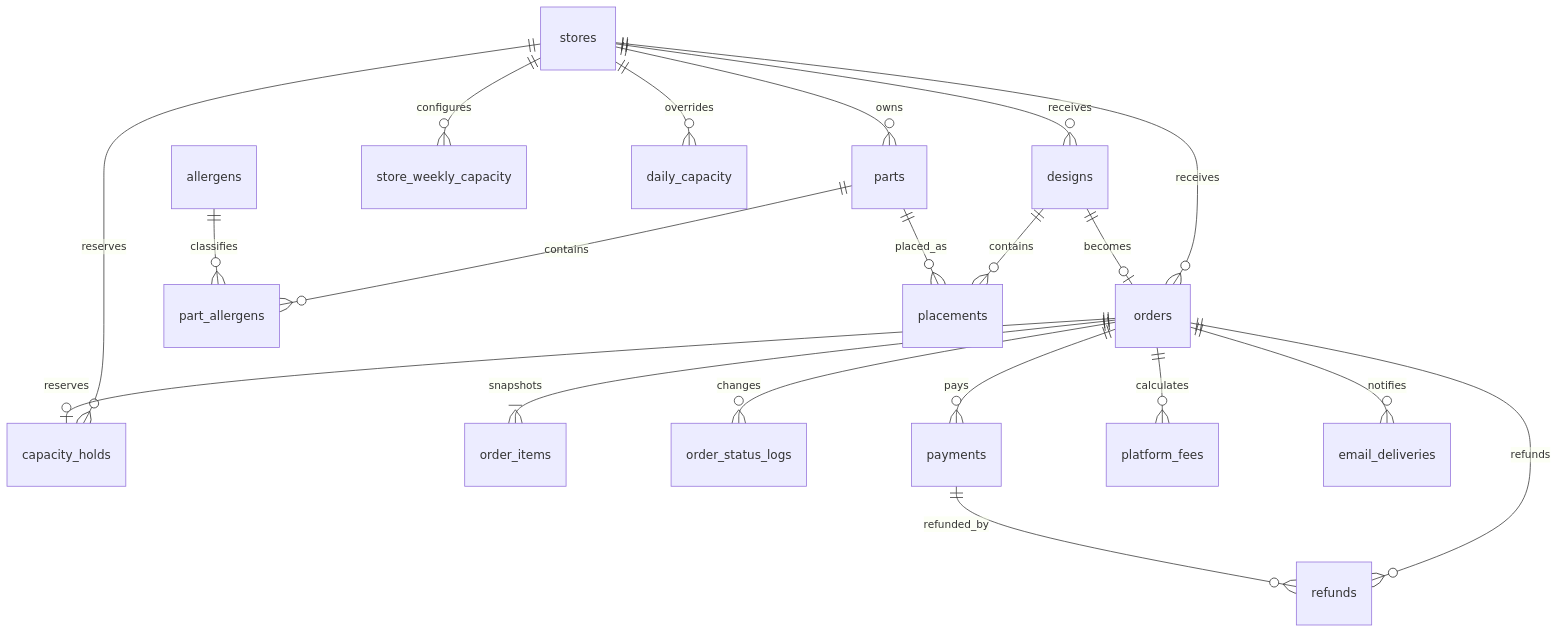
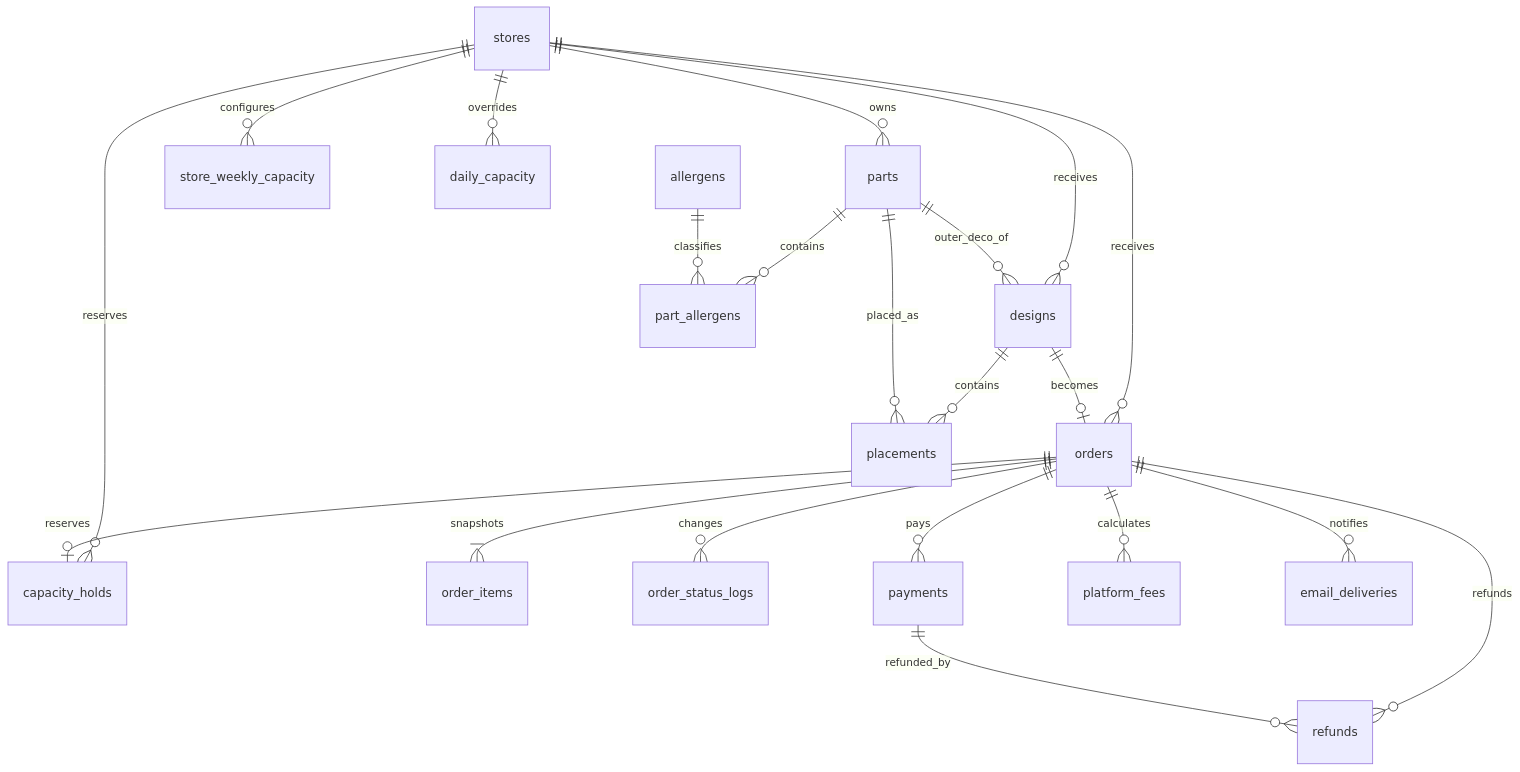
One commit to fruehlingstee/HEW_2026 changed the first of 3 diagrams in plan/issue-reference/05-er-diagram.md. Above: the diagram before and after it, drawn with Mermaid. The commit also changed other lines of this file and 8 other files, not shown here.

````diff
--- a/plan/issue-reference/05-er-diagram.md
+++ b/plan/issue-reference/05-er-diagram.md
@@ -5,24 +5,25 @@
 ```mermaid
 erDiagram
     stores ||--o{ parts : owns
     stores ||--o{ designs : receives
     stores ||--o{ orders : receives
     stores ||--o{ store_weekly_capacity : configures
     stores ||--o{ daily_capacity : overrides
     stores ||--o{ capacity_holds : reserves
 
     parts ||--o{ part_allergens : contains
     allergens ||--o{ part_allergens : classifies
     designs ||--o{ placements : contains
     parts ||--o{ placements : placed_as
+    parts ||--o{ designs : outer_deco_of
     designs ||--o| orders : becomes
 
     orders ||--|{ order_items : snapshots
     orders ||--o{ order_status_logs : changes
     orders ||--o| capacity_holds : reserves
     orders ||--o{ payments : pays
     orders ||--o{ refunds : refunds
     orders ||--o{ platform_fees : calculates
     orders ||--o{ email_deliveries : notifies
     payments ||--o{ refunds : refunded_by
 ```
````
